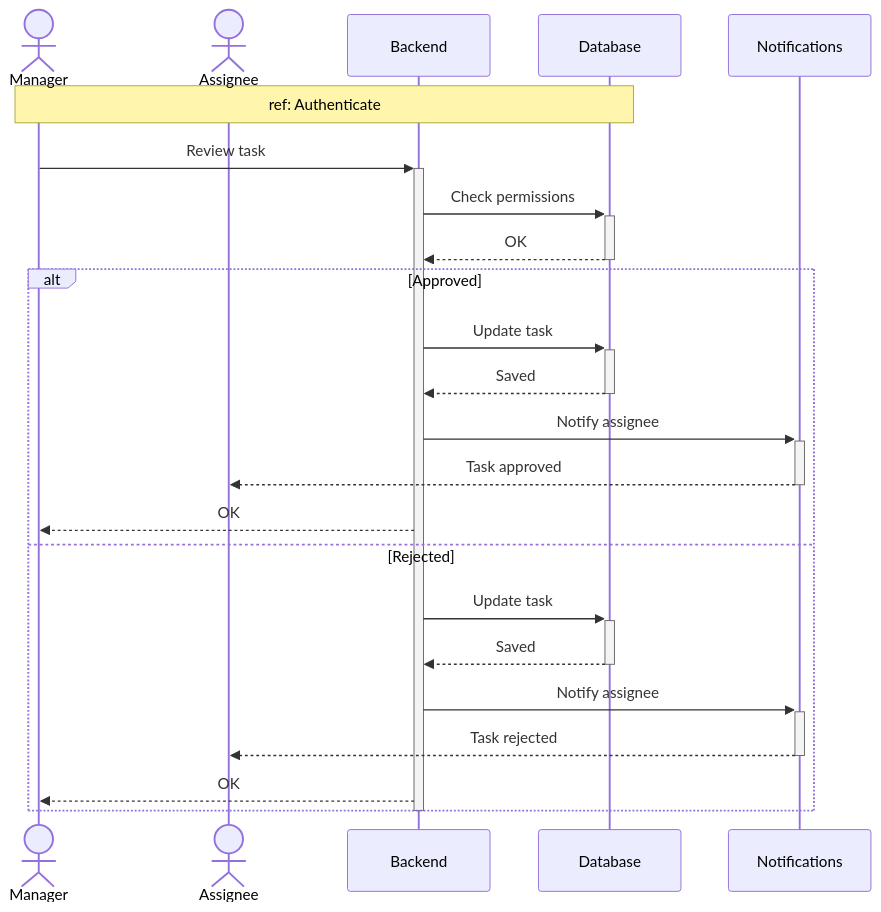
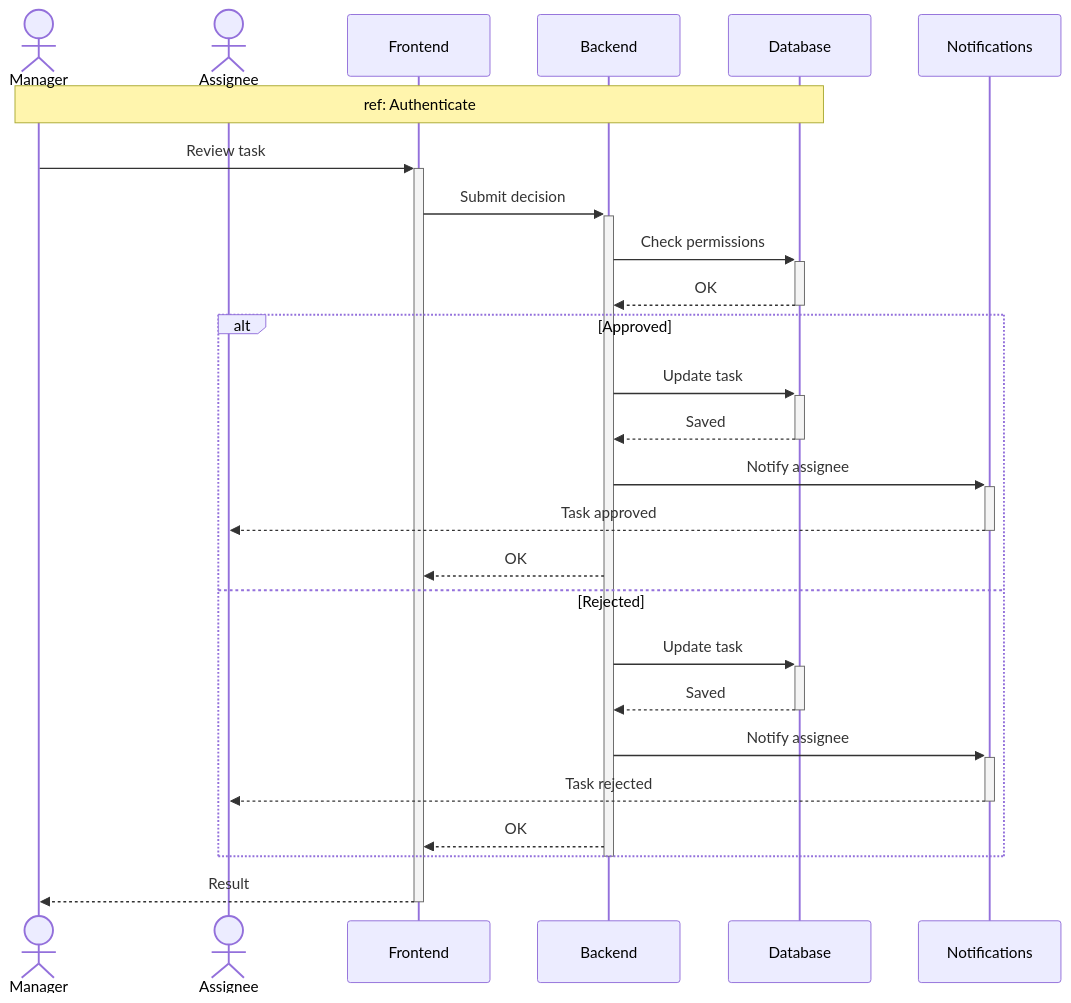
Diagram 13 of 16 in docs/SEQUENCE_DIAGRAMS.md (MohamedChebbi123/teamnest), drawn with Mermaid before and after one commit. The commit also changed other lines of this file, not shown here.

````diff
--- a/docs/SEQUENCE_DIAGRAMS.md
+++ b/docs/SEQUENCE_DIAGRAMS.md
@@ -446,28 +497,31 @@
 ```mermaid
 sequenceDiagram
     actor Manager
     actor Assignee
+    participant FE as Frontend
     participant API as Backend
     participant DB as Database
     participant Notif as Notifications
 
     Note over Manager,DB: ref: Authenticate
 
-    Manager->>+API: Review task
+    Manager->>+FE: Review task
+    FE->>+API: Submit decision
     API->>+DB: Check permissions
     DB-->>-API: OK
     alt Approved
         API->>+DB: Update task
         DB-->>-API: Saved
         API->>+Notif: Notify assignee
         Notif-->>-Assignee: Task approved
-        API-->>Manager: OK
+        API-->>FE: OK
     else Rejected
         API->>+DB: Update task
         DB-->>-API: Saved
         API->>+Notif: Notify assignee
         Notif-->>-Assignee: Task rejected
-        API-->>Manager: OK
+        API-->>FE: OK
     end
     deactivate API
+    FE-->>-Manager: Result
 ```
````
